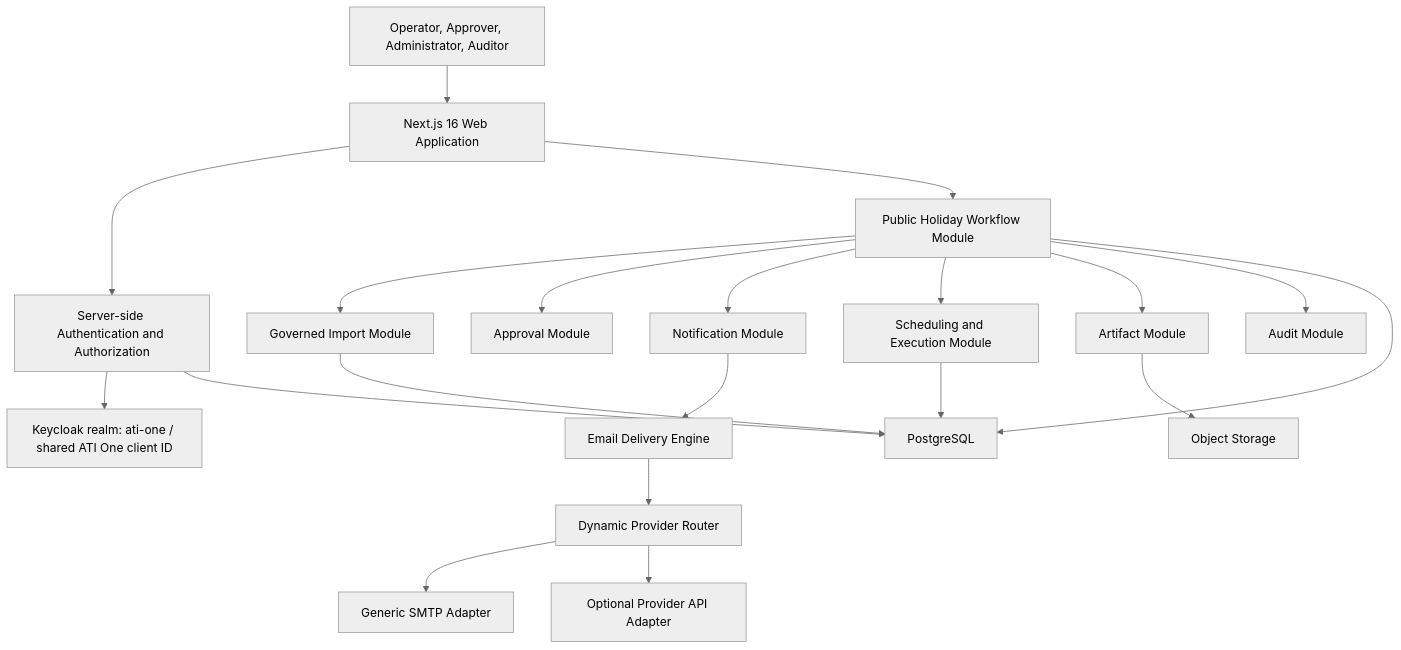
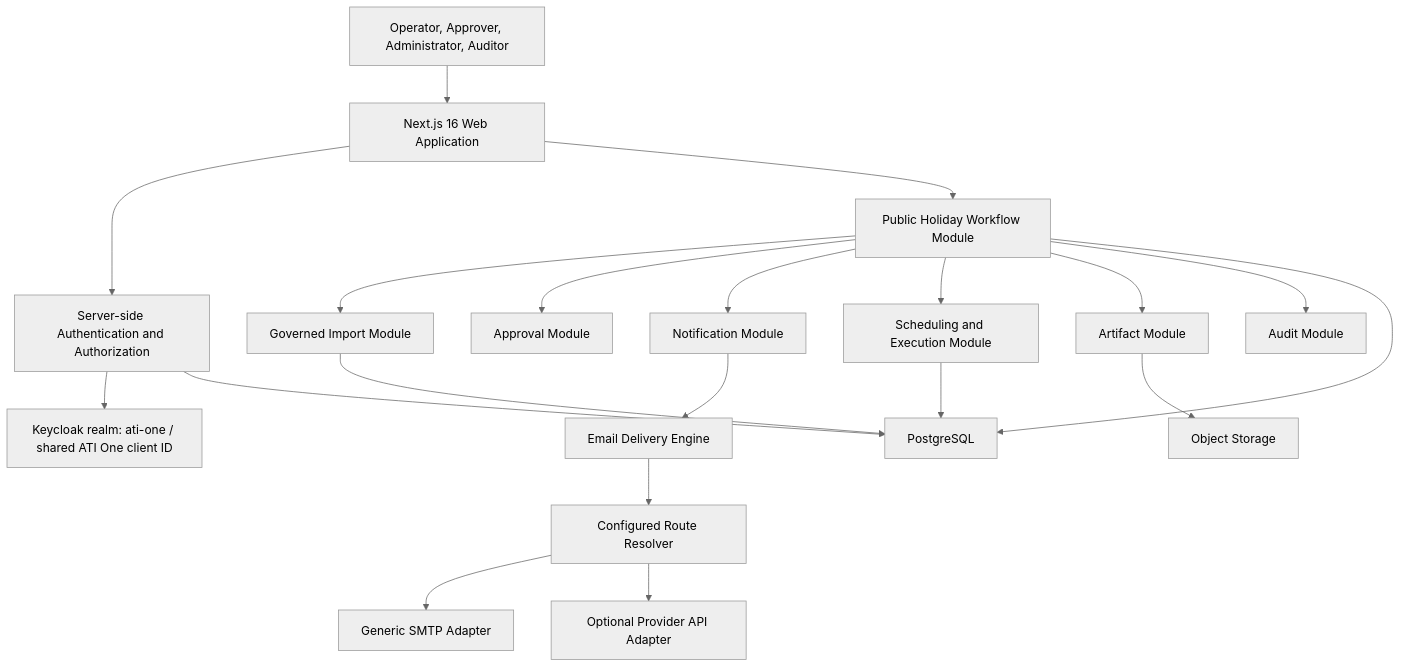
The first of 4 diagrams in architecture.md (anshacerbia2/ati-ph), drawn with Mermaid (neutral theme) before and after one commit. The commit also changed other lines of this file and 5 other files, not shown here.

````diff
--- a/architecture.md
+++ b/architecture.md
@@ -82,22 +98,22 @@
 ```mermaid
 flowchart TD
     U["Operator, Approver, Administrator, Auditor"] --> WEB["Next.js 16 Web Application"]
     WEB --> AUTH["Server-side Authentication and Authorization"]
     AUTH --> KC["Keycloak realm: ati-one / shared ATI One client ID"]
     WEB --> APP["Public Holiday Workflow Module"]
     APP --> IMP["Governed Import Module"]
     APP --> APR["Approval Module"]
     APP --> MSG["Notification Module"]
     APP --> SCH["Scheduling and Execution Module"]
     APP --> ART["Artifact Module"]
     APP --> AUD["Audit Module"]
     MSG --> EDP["Email Delivery Engine"]
-    EDP --> ROUTER["Dynamic Provider Router"]
+    EDP --> ROUTER["Configured Route Resolver"]
     ROUTER --> SMTP["Generic SMTP Adapter"]
     ROUTER --> PAPI["Optional Provider API Adapter"]
     ART --> STORE["Object Storage"]
     IMP --> DB["PostgreSQL"]
     APP --> DB
     AUTH --> DB
     SCH --> DB
 ```
````
